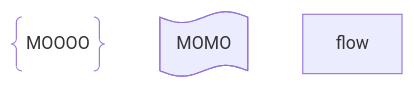
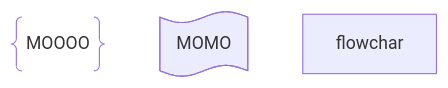
The diagram in slides.md (gerbssusd/dok), drawn with Mermaid before and after one commit.

````diff
--- a/slides.md
+++ b/slides.md
@@ -217,8 +217,8 @@
 ```mermaid
 flowchart TD
     A@{ shape: braces, label: "MOOOO" }
     B@{ shape: flag, label: "MOMO"}
-flow
+flowchar
 
 
 ```
````
